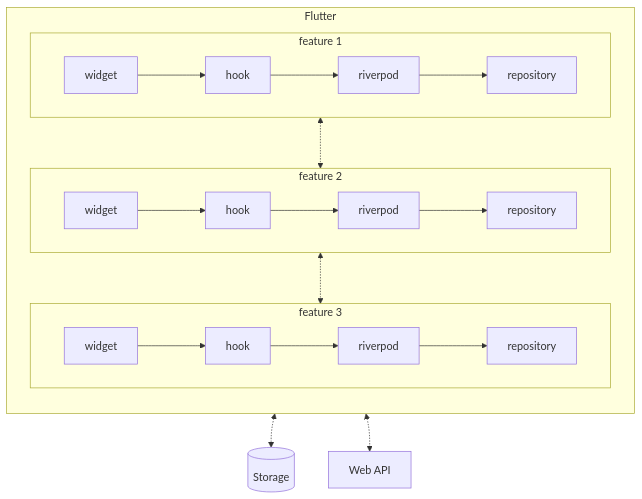
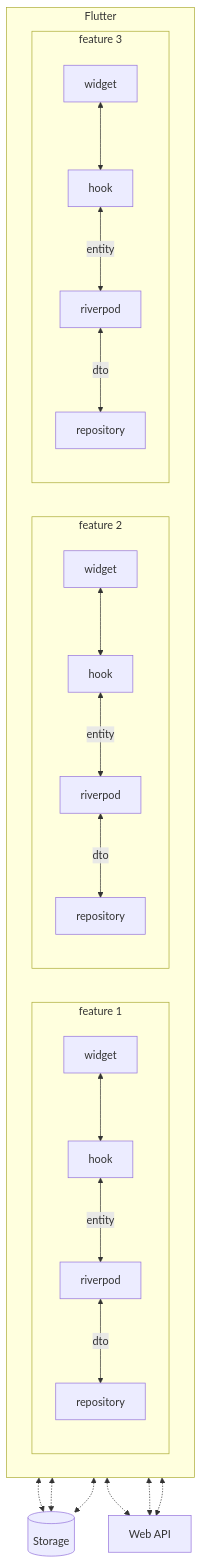
Before and after one commit to greendrop/flutter_news_sample: the diagram in doc/architecture/application.md, drawn with Mermaid. The commit also changed other lines of this file, not shown here.

Commit message:
アプリケーション構成図を変更

````diff
--- a/doc/architecture/application.md
+++ b/doc/architecture/application.md
@@ -5,54 +6,57 @@
 ```mermaid
 graph TD;
   subgraph flutter[Flutter]
-    direction TB
+    direction LR
 
     subgraph feature1[feature 1]
-      direction LR
+      direction TB
 
       widget-f1[widget]
       hook-f1[hook]
       riverpod-f1[riverpod]
       repository-f1[repository]
 
-      widget-f1-->hook-f1
-      hook-f1-->riverpod-f1
-      riverpod-f1-->repository-f1
+      widget-f1<-->hook-f1
+      hook-f1<-- entity -->riverpod-f1
+      riverpod-f1<-- dto -->repository-f1
     end
 
     subgraph feature2[feature 2]
-      direction LR
+      direction TB
 
       widget-f2[widget]
       hook-f2[hook]
       riverpod-f2[riverpod]
       repository-f2[repository]
 
-      widget-f2-->hook-f2
-      hook-f2-->riverpod-f2
-      riverpod-f2-->repository-f2
+      widget-f2<-->hook-f2
+      hook-f2<-- entity -->riverpod-f2
+      riverpod-f2<-- dto -->repository-f2
     end
 
     subgraph feature3[feature 3]
-      direction LR
+      direction TB
 
       widget-f3[widget]
       hook-f3[hook]
       riverpod-f3[riverpod]
       repository-f3[repository]
 
-      widget-f3-->hook-f3
-      hook-f3-->riverpod-f3
-      riverpod-f3-->repository-f3
+      widget-f3<-->hook-f3
+      hook-f3<-- entity -->riverpod-f3
+      riverpod-f3<-- dto -->repository-f3
     end
   end
 
-  feature1<-.->feature2
-  feature2<-.->feature3
 
   storage[(Storage)]
   webapi[Web API]
 
-  flutter<-.->storage
-  flutter<-.->webapi
+
+  repository-f1<-.->storage
+  repository-f2<-.->storage
+  repository-f3<-.->storage
+  repository-f1<-.->webapi
+  repository-f2<-.->webapi
+  repository-f3<-.->webapi
 ```
````
